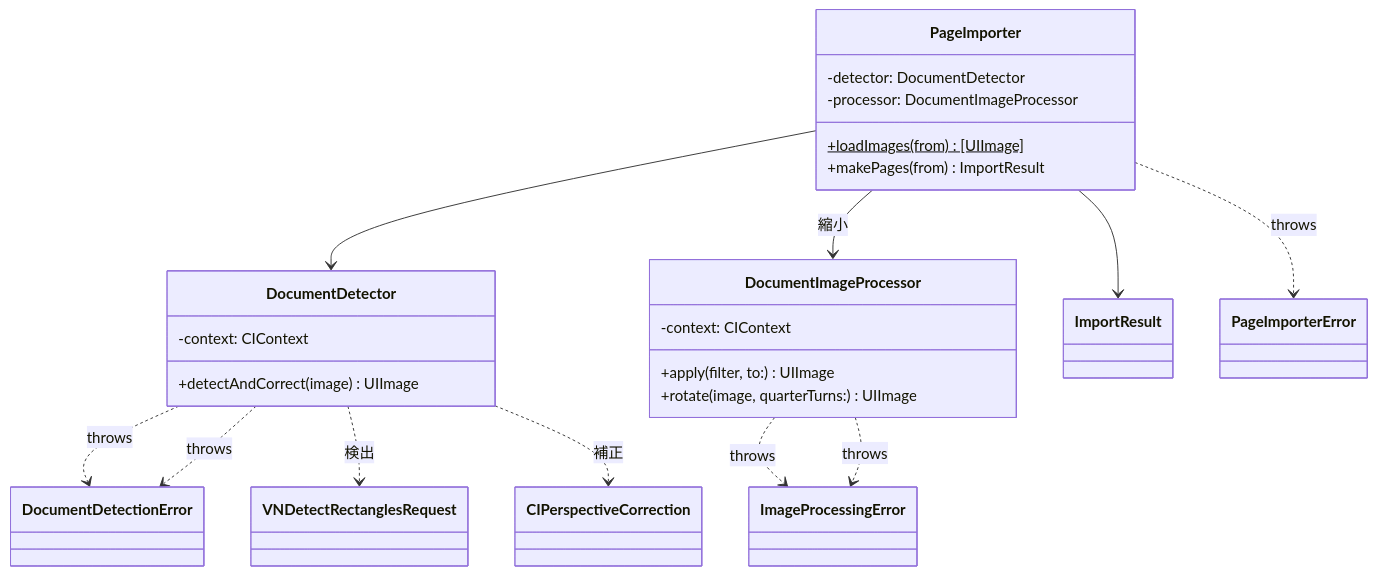
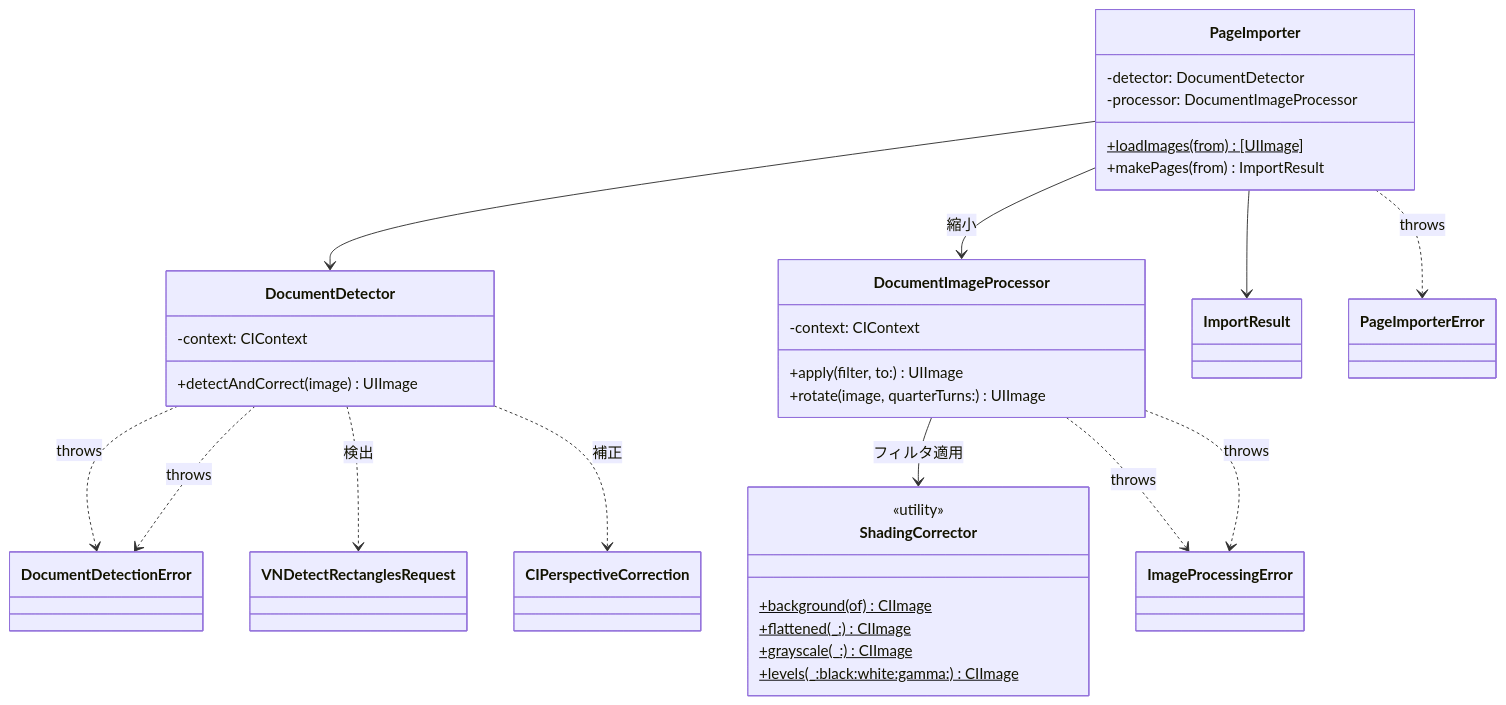
The first of 2 diagrams in DocScanner/Processing/README.md (gomurin0428/DocScanner), drawn with Mermaid before and after one commit. The commit also changed other lines of this file and 6 other files, not shown here.

````diff
--- a/DocScanner/Processing/README.md
+++ b/DocScanner/Processing/README.md
@@ -29,28 +32,36 @@
 ```mermaid
 classDiagram
     class DocumentImageProcessor {
         -context: CIContext
         +apply(filter, to:) UIImage
         +rotate(image, quarterTurns:) UIImage
     }
     class DocumentDetector {
         -context: CIContext
         +detectAndCorrect(image) UIImage
     }
+    class ShadingCorrector {
+        <<utility>>
+        +background(of)$ CIImage
+        +flattened(_:)$ CIImage
+        +grayscale(_:)$ CIImage
+        +levels(_:black:white:gamma:)$ CIImage
+    }
+    DocumentImageProcessor --> ShadingCorrector : フィルタ適用
     DocumentImageProcessor ..> ImageProcessingError : throws
     DocumentDetector ..> DocumentDetectionError : throws
     class PageImporter {
         -detector: DocumentDetector
         -processor: DocumentImageProcessor
         +loadImages(from)$ [UIImage]
         +makePages(from) ImportResult
     }
     DocumentImageProcessor ..> ImageProcessingError : throws
     DocumentDetector ..> DocumentDetectionError : throws
     DocumentDetector ..> VNDetectRectanglesRequest : 検出
     DocumentDetector ..> CIPerspectiveCorrection : 補正
     PageImporter --> DocumentDetector
     PageImporter --> DocumentImageProcessor : 縮小
     PageImporter --> ImportResult
     PageImporter ..> PageImporterError : throws
 ```
````
